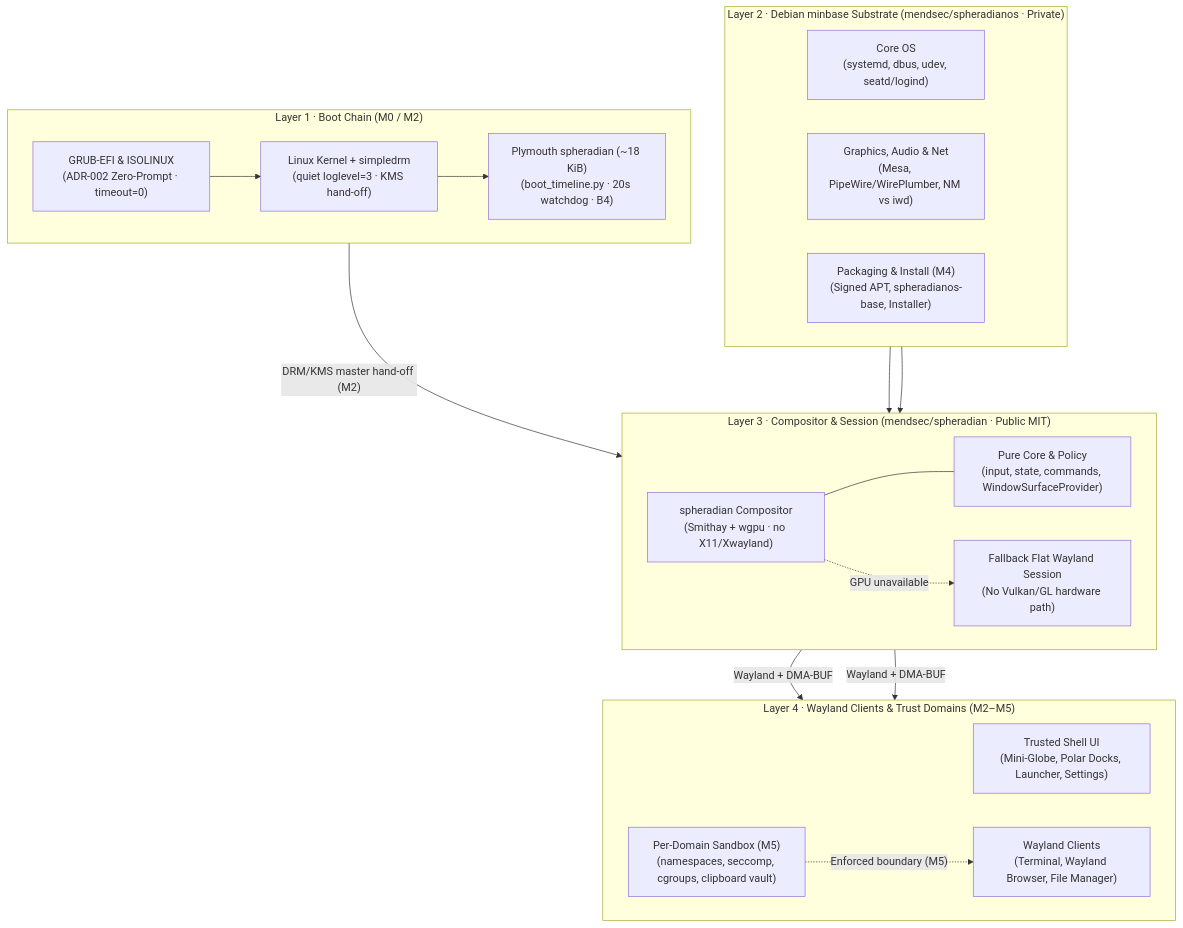
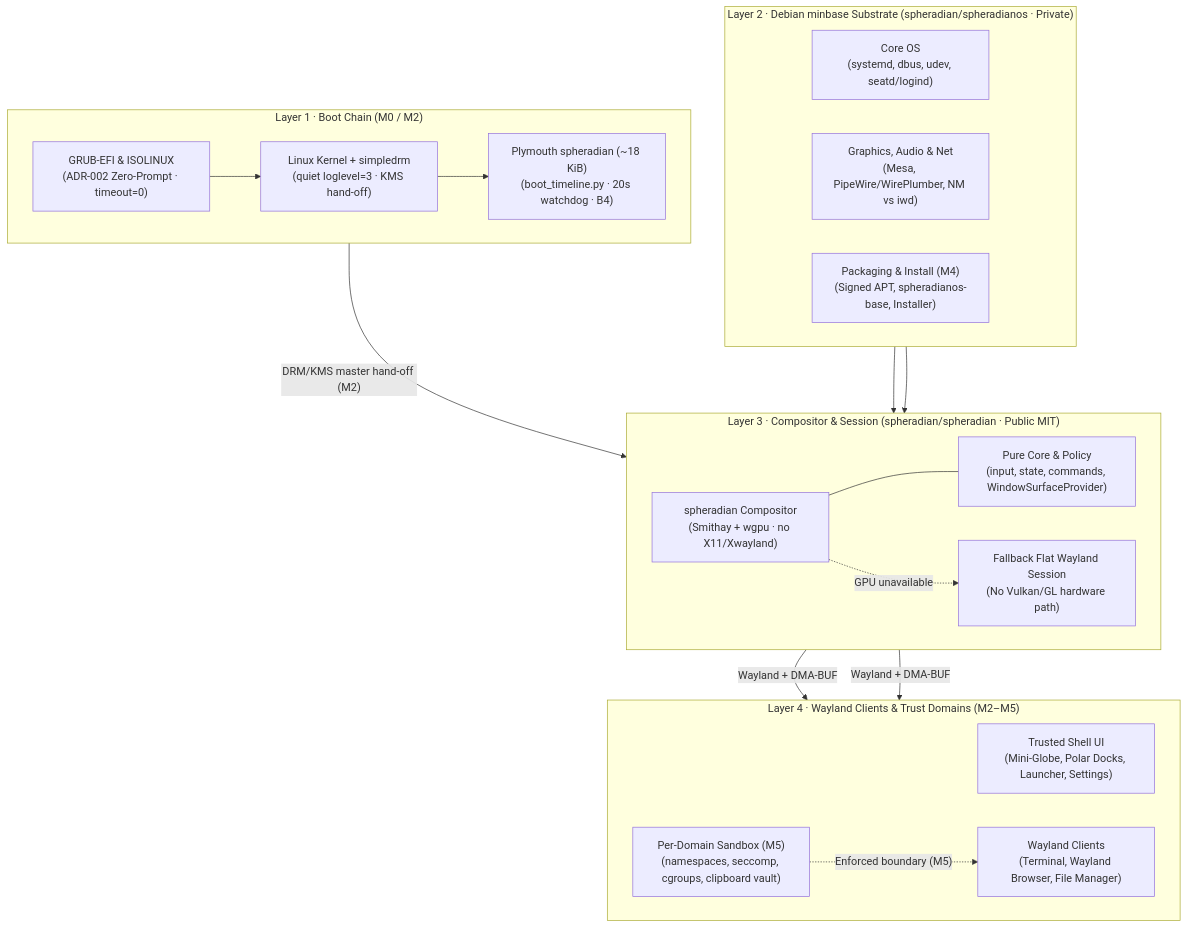
Before and after one commit to spheradian/spheradianos: the first of 3 diagrams in docs/ARCHITECTURE.md, drawn with Mermaid. The commit also changed other lines of this file and 11 other files, not shown here.

````diff
--- a/docs/ARCHITECTURE.md
+++ b/docs/ARCHITECTURE.md
@@ -13,48 +13,48 @@
 ```mermaid
 flowchart TB
     subgraph L4["Layer 4 · Wayland Clients & Trust Domains (M2–M5)"]
         direction LR
         UI["Trusted Shell UI<br/>(Mini-Globe, Polar Docks, Launcher, Settings)"]
         APPS["Wayland Clients<br/>(Terminal, Wayland Browser, File Manager)"]
         SANDBOX["Per-Domain Sandbox (M5)<br/>(namespaces, seccomp, cgroups, clipboard vault)"]
     end
 
-    subgraph L3["Layer 3 · Compositor & Session (mendsec/spheradian · Public MIT)"]
+    subgraph L3["Layer 3 · Compositor & Session (spheradian/spheradian · Public MIT)"]
         direction LR
         SMITHAY["spheradian Compositor<br/>(Smithay + wgpu · no X11/Xwayland)"]
         CORE["Pure Core & Policy<br/>(input, state, commands, WindowSurfaceProvider)"]
         FALLBACK["Fallback Flat Wayland Session<br/>(No Vulkan/GL hardware path)"]
     end
 
-    subgraph L2["Layer 2 · Debian minbase Substrate (mendsec/spheradianos · Private)"]
+    subgraph L2["Layer 2 · Debian minbase Substrate (spheradian/spheradianos · Private)"]
         direction LR
         SYS["Core OS<br/>(systemd, dbus, udev, seatd/logind)"]
         MEDIA["Graphics, Audio & Net<br/>(Mesa, PipeWire/WirePlumber, NM vs iwd)"]
         PKG["Packaging & Install (M4)<br/>(Signed APT, spheradianos-base, Installer)"]
     end
 
     subgraph L1["Layer 1 · Boot Chain (M0 / M2)"]
         direction LR
         BOOT["GRUB-EFI & ISOLINUX<br/>(ADR-002 Zero-Prompt · timeout=0)"]
         KERN["Linux Kernel + simpledrm<br/>(quiet loglevel=3 · KMS hand-off)"]
         PLY["Plymouth spheradian (~18 KiB)<br/>(boot_timeline.py · 20s watchdog · B4)"]
     end
 
     BOOT --> KERN --> PLY
     PLY -->|"DRM/KMS master hand-off (M2)"| SMITHAY
     SYS --> SMITHAY
     MEDIA --> SMITHAY
     SMITHAY --- CORE
     SMITHAY -.->|"GPU unavailable"| FALLBACK
     SMITHAY -->|"Wayland + DMA-BUF"| UI
     SMITHAY -->|"Wayland + DMA-BUF"| APPS
     SANDBOX -.->|"Enforced boundary (M5)"| APPS
 
-    click BOOT "https://github.com/mendsec/spheradianos/issues/14" "Issue #14: Zero-prompt bootloaders"
-    click PLY "https://github.com/mendsec/spheradianos/issues/7" "Issue #7: Plymouth hand-off (B4)"
-    click SMITHAY "https://github.com/mendsec/spheradianos/issues/9" "Issue #9: Smithay compositor session"
-    click FALLBACK "https://github.com/mendsec/spheradianos/issues/5" "Issue #5: M1 prototype & fallback"
-    click MEDIA "https://github.com/mendsec/spheradianos/issues/8" "Issue #8: Browser & network ADR"
-    click PKG "https://github.com/mendsec/spheradianos/issues/12" "Issue #12: Signed APT & release"
-    click SANDBOX "https://github.com/mendsec/spheradianos/issues/13" "Issue #13: Per-domain sandboxing"
+    click BOOT "https://github.com/spheradian/spheradianos/issues/14" "Issue #14: Zero-prompt bootloaders"
+    click PLY "https://github.com/spheradian/spheradianos/issues/7" "Issue #7: Plymouth hand-off (B4)"
+    click SMITHAY "https://github.com/spheradian/spheradianos/issues/9" "Issue #9: Smithay compositor session"
+    click FALLBACK "https://github.com/spheradian/spheradianos/issues/5" "Issue #5: M1 prototype & fallback"
+    click MEDIA "https://github.com/spheradian/spheradianos/issues/8" "Issue #8: Browser & network ADR"
+    click PKG "https://github.com/spheradian/spheradianos/issues/12" "Issue #12: Signed APT & release"
+    click SANDBOX "https://github.com/spheradian/spheradianos/issues/13" "Issue #13: Per-domain sandboxing"
 ```
````
